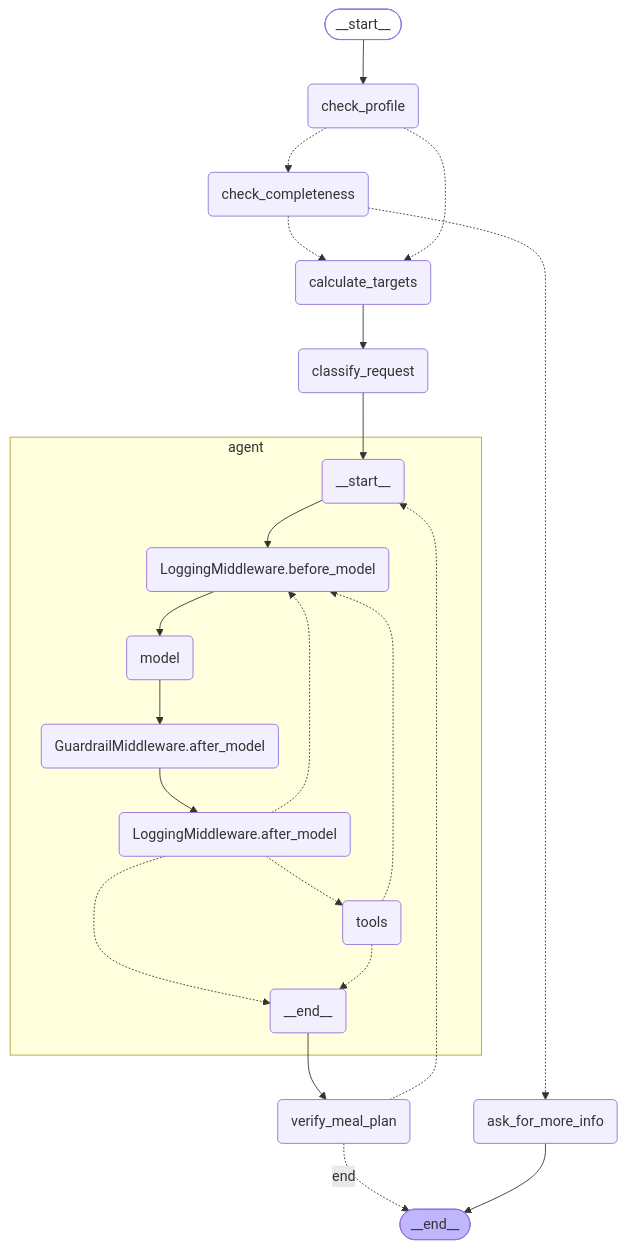
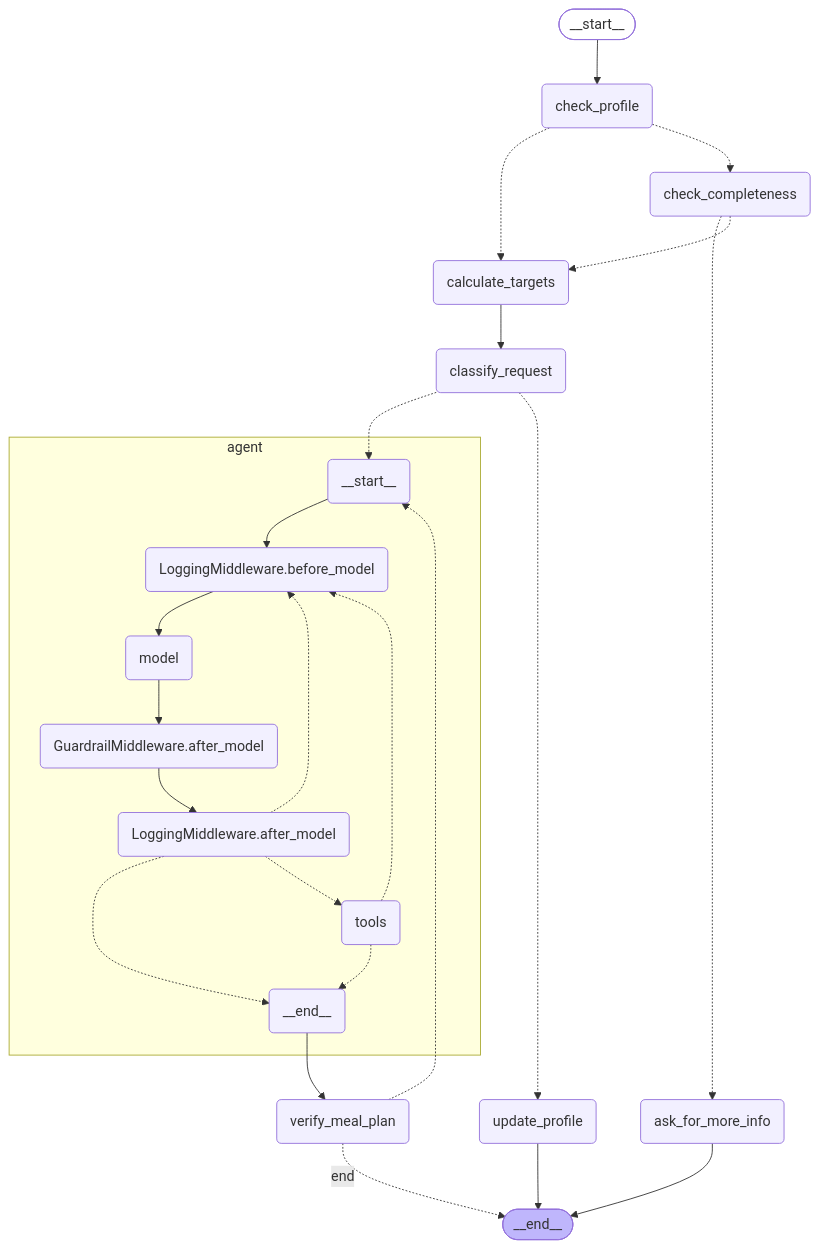
One commit to dlsalsgur03/gooddining-agent changed the diagram in README.md. Above: the diagram before and after it, drawn with Mermaid. The commit also changed other lines of this file and 14 other files, not shown here.

````diff
--- a/README.md
+++ b/README.md
@@ -64,43 +68,46 @@
 ```mermaid
 graph TD;
 	__start__([<p>__start__</p>]):::first
 	check_profile(check_profile)
 	check_completeness(check_completeness)
 	ask_for_more_info(ask_for_more_info)
 	calculate_targets(calculate_targets)
 	classify_request(classify_request)
+	update_profile(update_profile)
 	verify_meal_plan(verify_meal_plan)
 	__end__([<p>__end__</p>]):::last
 	__start__ --> check_profile;
 	agent_end --> verify_meal_plan;
 	calculate_targets --> classify_request;
 	check_completeness -.-> ask_for_more_info;
 	check_completeness -.-> calculate_targets;
 	check_profile -.-> calculate_targets;
 	check_profile -.-> check_completeness;
-	classify_request --> agent_start;
+	classify_request -.-> agent_start;
+	classify_request -.-> update_profile;
 	verify_meal_plan -. "end" .-> __end__;
 	verify_meal_plan -.-> agent_start;
 	ask_for_more_info --> __end__;
+	update_profile --> __end__;
 	subgraph agent
 	agent_start(<p>__start__</p>)
 	agent_model(model)
 	agent_tools(tools)
-	agent_logging_before(LoggingMiddleware.before_model)
-	agent_logging_after(LoggingMiddleware.after_model)
-	agent_guardrail_after(GuardrailMiddleware.after_model)
+	agent_LoggingMiddleware_before_model(LoggingMiddleware.before_model)
+	agent_LoggingMiddleware_after_model(LoggingMiddleware.after_model)
+	agent_GuardrailMiddleware_after_model(GuardrailMiddleware.after_model)
 	agent_end(<p>__end__</p>)
-	agent_guardrail_after --> agent_logging_after;
-	agent_logging_after -.-> agent_logging_before;
-	agent_logging_after -.-> agent_end;
-	agent_logging_after -.-> agent_tools;
-	agent_logging_before --> agent_model;
-	agent_start --> agent_logging_before;
-	agent_model --> agent_guardrail_after;
-	agent_tools -.-> agent_logging_before;
+	agent_GuardrailMiddleware_after_model --> agent_LoggingMiddleware_after_model;
+	agent_LoggingMiddleware_after_model -.-> agent_LoggingMiddleware_before_model;
+	agent_LoggingMiddleware_after_model -.-> agent_end;
+	agent_LoggingMiddleware_after_model -.-> agent_tools;
+	agent_LoggingMiddleware_before_model --> agent_model;
+	agent_start --> agent_LoggingMiddleware_before_model;
+	agent_model --> agent_GuardrailMiddleware_after_model;
+	agent_tools -.-> agent_LoggingMiddleware_before_model;
 	agent_tools -.-> agent_end;
 	end
 	classDef default fill:#f2f0ff,line-height:1.2
 	classDef first fill-opacity:0
 	classDef last fill:#bfb6fc
 ```
````
